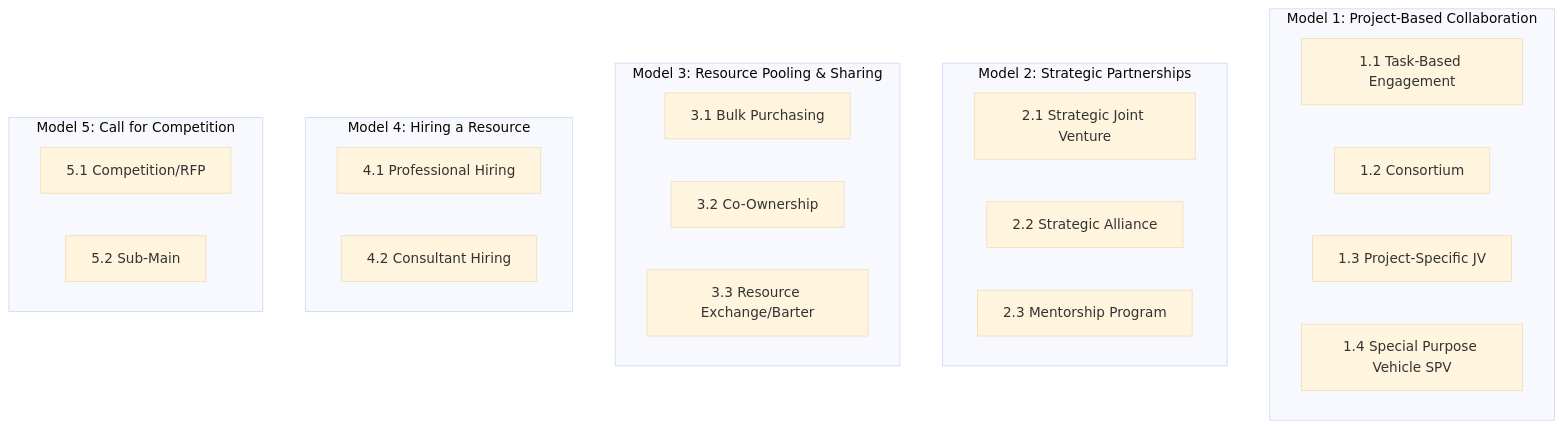
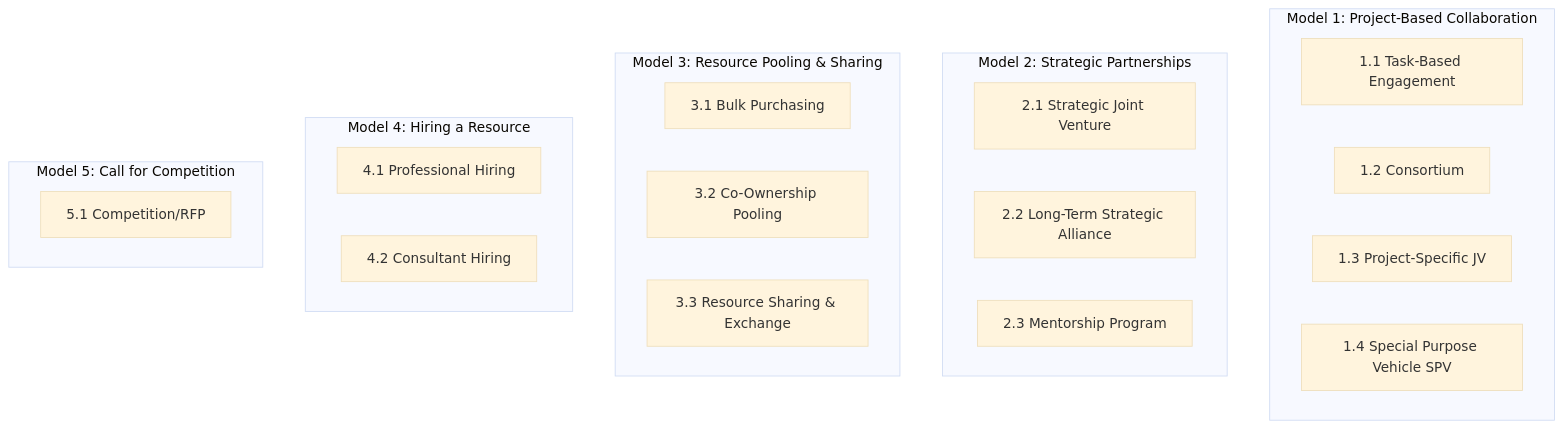
Before and after one commit to Mabdelmofdy/PMTWIN: the fourth of 8 diagrams in POC/COMPLETE_PROJECT_DOCUMENTATION.md, drawn with Mermaid (base theme). The commit also changed other lines of this file and 52 other files, not shown here.

````diff
--- a/POC/COMPLETE_PROJECT_DOCUMENTATION.md
+++ b/POC/COMPLETE_PROJECT_DOCUMENTATION.md
@@ -250,31 +250,30 @@
 ```mermaid
 graph TB
     subgraph Model1["Model 1: Project-Based Collaboration"]
         M1_1[1.1 Task-Based Engagement]
         M1_2[1.2 Consortium]
         M1_3[1.3 Project-Specific JV]
         M1_4[1.4 Special Purpose Vehicle SPV]
     end
     
     subgraph Model2["Model 2: Strategic Partnerships"]
         M2_1[2.1 Strategic Joint Venture]
-        M2_2[2.2 Strategic Alliance]
+        M2_2[2.2 Long-Term Strategic Alliance]
         M2_3[2.3 Mentorship Program]
     end
     
     subgraph Model3["Model 3: Resource Pooling & Sharing"]
         M3_1[3.1 Bulk Purchasing]
-        M3_2[3.2 Co-Ownership]
-        M3_3[3.3 Resource Exchange/Barter]
+        M3_2[3.2 Co-Ownership Pooling]
+        M3_3[3.3 Resource Sharing & Exchange]
     end
     
     subgraph Model4["Model 4: Hiring a Resource"]
         M4_1[4.1 Professional Hiring]
         M4_2[4.2 Consultant Hiring]
     end
     
     subgraph Model5["Model 5: Call for Competition"]
         M5_1[5.1 Competition/RFP]
-        M5_2[5.2 Sub-Main]
     end
 ```
````
